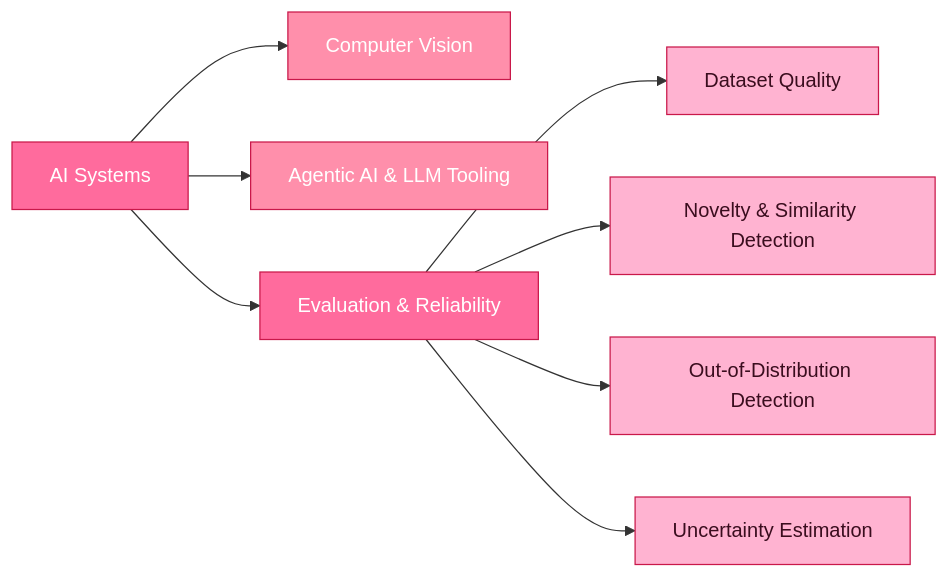
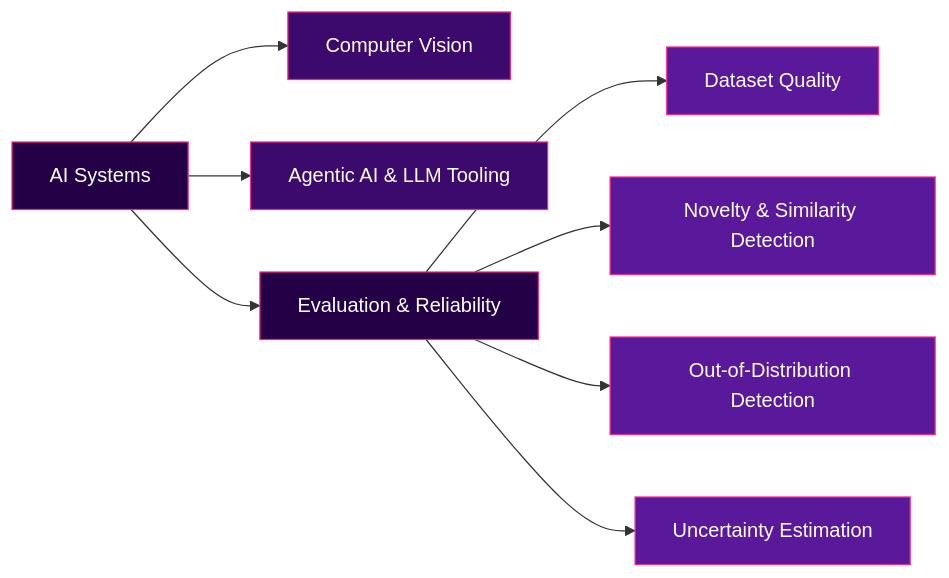
Before and after one commit to AdithyaNaikk/AdithyaNaikk: the diagram in README.md, drawn with Mermaid. The commit also changed other lines of this file, not shown here.

````diff
--- a/README.md
+++ b/README.md
@@ -31,19 +31,19 @@
 ```mermaid
 graph LR
     A[AI Systems] --> B[Computer Vision]
     A --> C[Agentic AI & LLM Tooling]
     A --> D[Evaluation & Reliability]
     D --> D1[Dataset Quality]
     D --> D2[Novelty & Similarity Detection]
     D --> D3[Out-of-Distribution Detection]
     D --> D4[Uncertainty Estimation]
 
-    style A fill:#FF6B9D,stroke:#C9184A,color:#fff
-    style D fill:#FF6B9D,stroke:#C9184A,color:#fff
-    style B fill:#FF8FAB,stroke:#C9184A,color:#fff
-    style C fill:#FF8FAB,stroke:#C9184A,color:#fff
-    style D1 fill:#FFB3D1,stroke:#C9184A,color:#3a0d1e
-    style D2 fill:#FFB3D1,stroke:#C9184A,color:#3a0d1e
-    style D3 fill:#FFB3D1,stroke:#C9184A,color:#3a0d1e
-    style D4 fill:#FFB3D1,stroke:#C9184A,color:#3a0d1e
+    style A fill:#240046,stroke:#F72585,color:#fff
+    style D fill:#240046,stroke:#F72585,color:#fff
+    style B fill:#3C096C,stroke:#F72585,color:#fff
+    style C fill:#3C096C,stroke:#F72585,color:#fff
+    style D1 fill:#5A189A,stroke:#F72585,color:#fff
+    style D2 fill:#5A189A,stroke:#F72585,color:#fff
+    style D3 fill:#5A189A,stroke:#F72585,color:#fff
+    style D4 fill:#5A189A,stroke:#F72585,color:#fff
 ```
````
